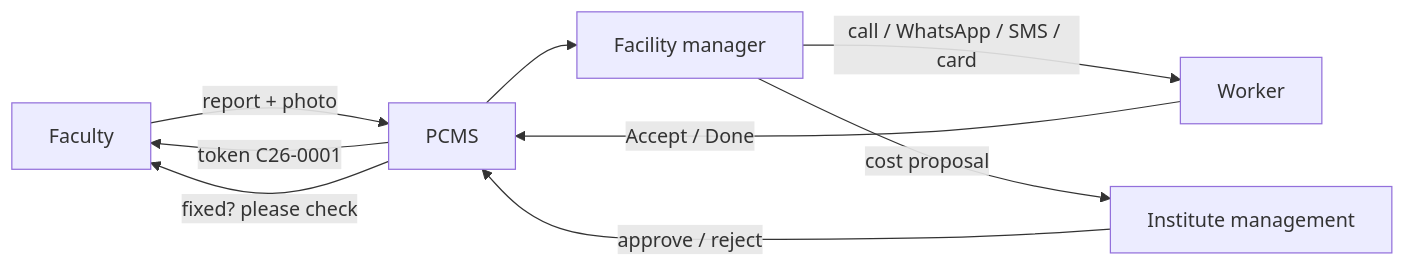
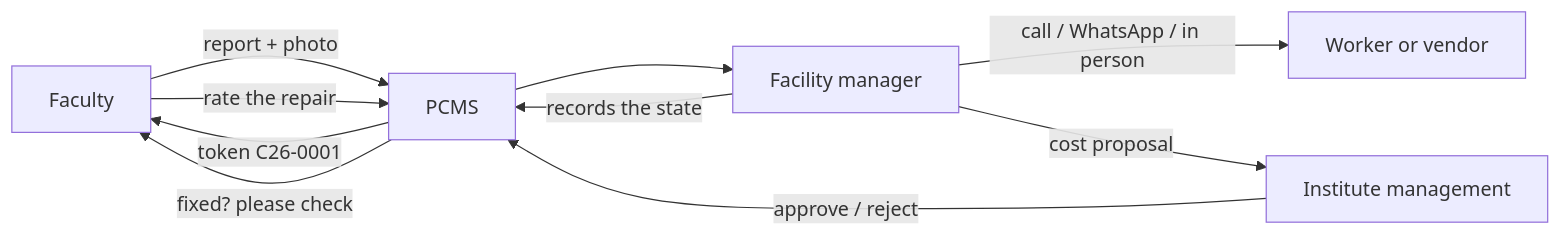
The diagram in README.md (OSSC-DBIT/pcms), drawn with Mermaid before and after one commit. The commit also changed other lines of this file and 47 other files, not shown here.

First line of the commit message:
Replace worker dispatch with manual coordination and add repair ratings

````diff
--- a/README.md
+++ b/README.md
@@ -11,11 +11,12 @@
 ```mermaid
 flowchart LR
     F[Faculty] -->|report + photo| P[PCMS]
     P -->|token C26-0001| F
     P --> M[Facility manager]
-    M -->|call / WhatsApp / SMS / card| W[Worker]
-    W -->|Accept / Done| P
+    M -->|call / WhatsApp / in person| W[Worker or vendor]
+    M -->|records the state| P
     M -->|cost proposal| I[Institute management]
     I -->|approve / reject| P
     P -->|fixed? please check| F
+    F -->|rate the repair| P
 ```
````
